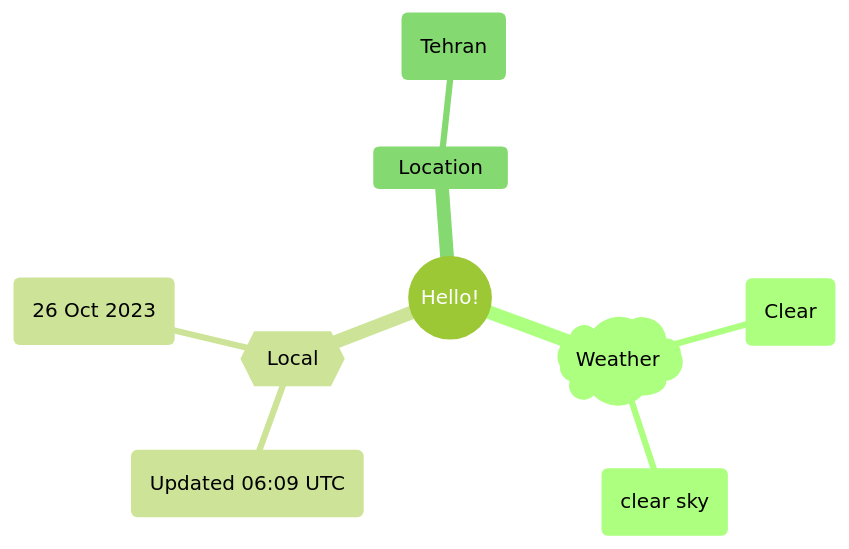
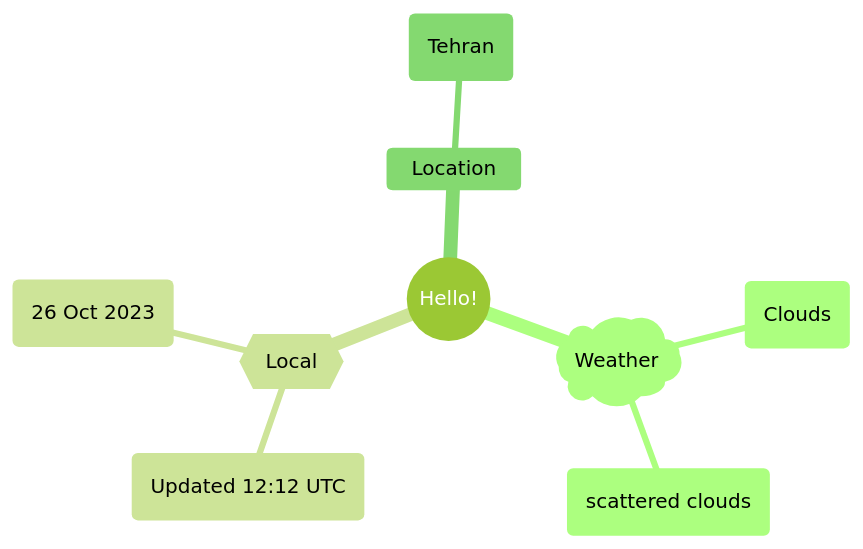
Before and after one commit to Xosrov/Xosrov: the first of 2 diagrams in README.md, drawn with Mermaid (forest theme).

Commit message:
[bot] updated images

````diff
--- a/README.md
+++ b/README.md
@@ -3,12 +3,12 @@
 ```mermaid
 mindmap
   root((Hello!))
     )Weather(
-        (Clear)
-        (clear sky)
+        (Clouds)
+        (scattered clouds)
     {{Local}}
-        (Updated 06:09 UTC)
+        (Updated 12:12 UTC)
         (26 Oct 2023)
     Location
         (Tehran)
 ```
````
